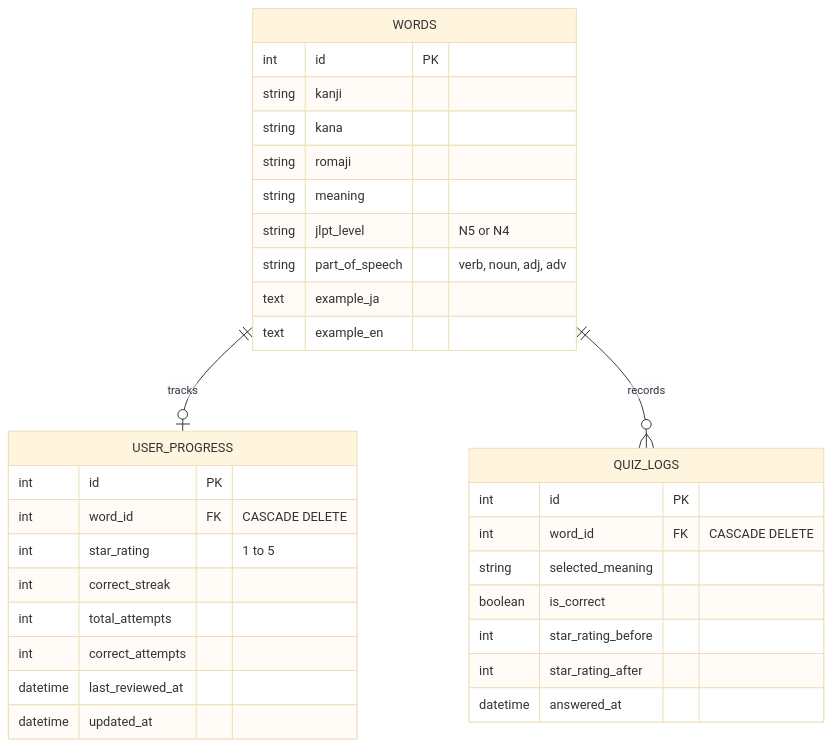
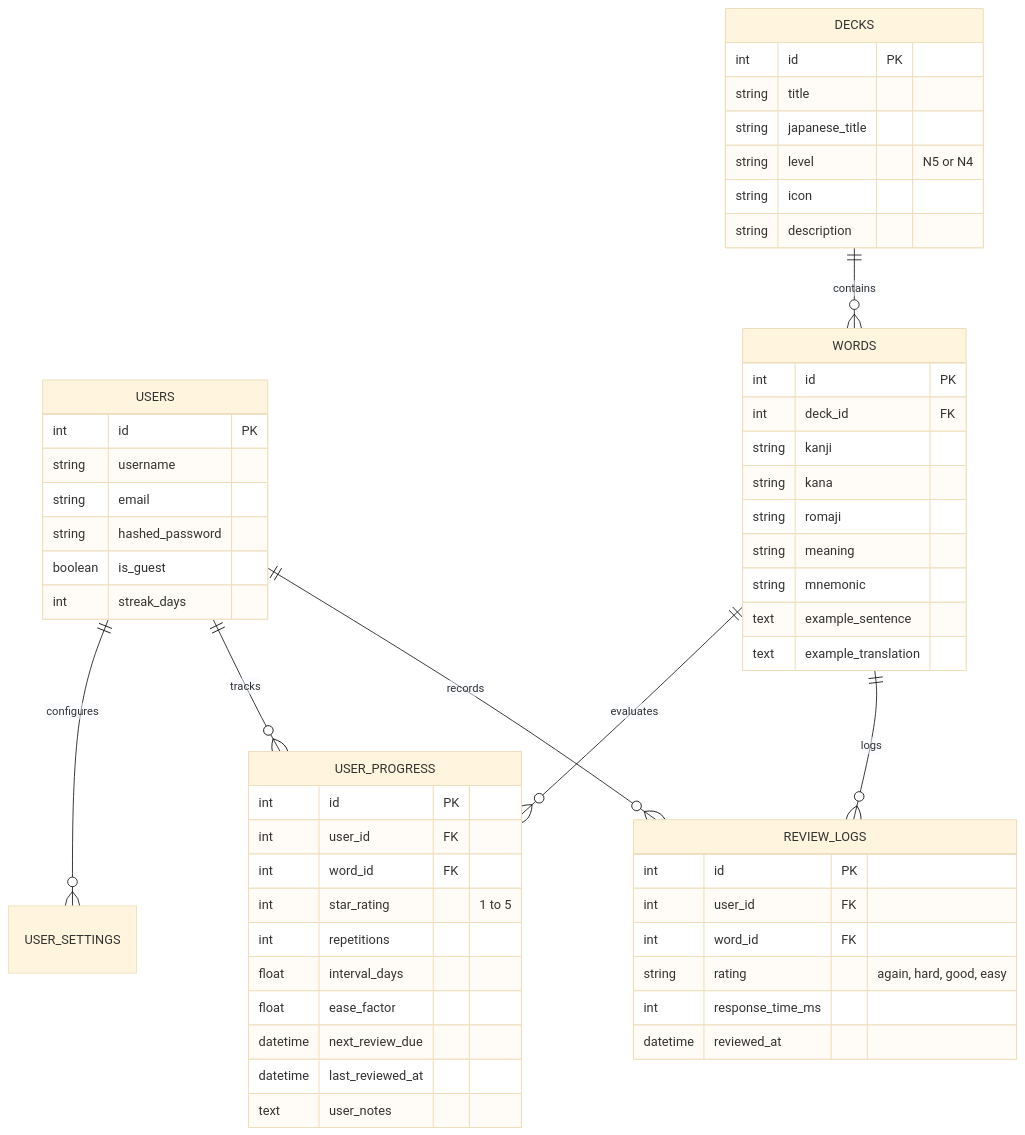
Before and after one commit to KiskuAryan/kotoba-master: the diagram in README.md, drawn with Mermaid (base theme). The commit also changed other lines of this file and 33 other files, not shown here.

````diff
--- a/README.md
+++ b/README.md
@@ -84,38 +79,61 @@
 ```mermaid
 erDiagram
-    WORDS ||--o| USER_PROGRESS : tracks
-    WORDS ||--o{ QUIZ_LOGS : records
+    USERS ||--o{ USER_SETTINGS : configures
+    USERS ||--o{ USER_PROGRESS : tracks
+    USERS ||--o{ REVIEW_LOGS : records
+    DECKS ||--o{ WORDS : contains
+    WORDS ||--o{ USER_PROGRESS : evaluates
+    WORDS ||--o{ REVIEW_LOGS : logs
+
+    USERS {
+        int id PK
+        string username
+        string email
+        string hashed_password
+        boolean is_guest
+        int streak_days
+    }
+
+    DECKS {
+        int id PK
+        string title
+        string japanese_title
+        string level "N5 or N4"
+        string icon
+        string description
+    }
 
     WORDS {
         int id PK
+        int deck_id FK
         string kanji
         string kana
         string romaji
         string meaning
-        string jlpt_level "N5 or N4"
-        string part_of_speech "verb, noun, adj, adv"
-        text example_ja
-        text example_en
+        string mnemonic
+        text example_sentence
+        text example_translation
     }
 
     USER_PROGRESS {
         int id PK
-        int word_id FK "CASCADE DELETE"
+        int user_id FK
+        int word_id FK
         int star_rating "1 to 5"
-        int correct_streak
-        int total_attempts
-        int correct_attempts
+        int repetitions
+        float interval_days
+        float ease_factor
+        datetime next_review_due
         datetime last_reviewed_at
-        datetime updated_at
+        text user_notes
     }
 
-    QUIZ_LOGS {
+    REVIEW_LOGS {
         int id PK
-        int word_id FK "CASCADE DELETE"
-        string selected_meaning
-        boolean is_correct
-        int star_rating_before
-        int star_rating_after
-        datetime answered_at
+        int user_id FK
+        int word_id FK
+        string rating "again, hard, good, easy"
+        int response_time_ms
+        datetime reviewed_at
     }
 ```
````
